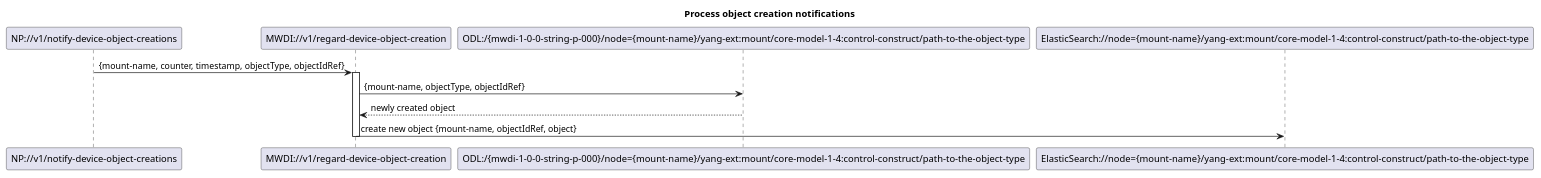
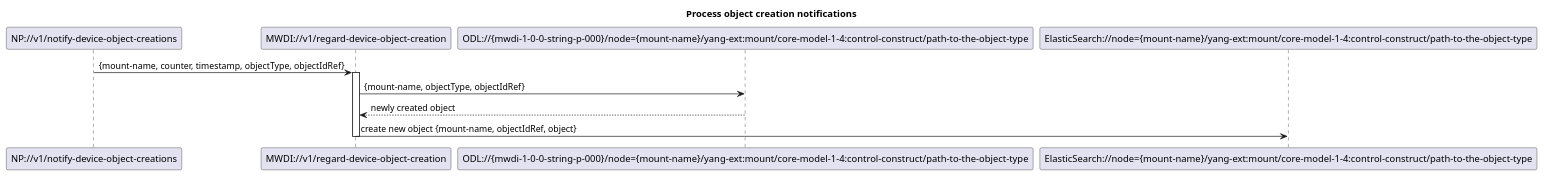
One commit to openBackhaul/MicroWaveDeviceInventory changed the diagram in spec/diagrams/05x_NotificationBasedObjectCreation.plantuml. Above: the diagram before and after it, drawn with PlantUML. The commit also changed 1 other file, not shown here.

```diff
--- a/spec/diagrams/05x_NotificationBasedObjectCreation.plantuml
+++ b/spec/diagrams/05x_NotificationBasedObjectCreation.plantuml
@@ -1,20 +1,20 @@
 @startuml 05x_NotificationBasedObjectCreation
 skinparam responseMessageBelowArrow true
 
 title Process object creation notifications
 
 participant "NP://v1/notify-device-object-creations" as subscription
 participant "MWDI://v1/regard-device-object-creation" as regardObjectCreation
-participant "ODL:/{mwdi-1-0-0-string-p-000}/node={mount-name}/yang-ext:mount/core-model-1-4:control-construct/path-to-the-object-type" as odlCreatedObject
+participant "ODL://{mwdi-1-0-0-string-p-000}/node={mount-name}/yang-ext:mount/core-model-1-4:control-construct/path-to-the-object-type" as odlCreatedObject
 participant "ElasticSearch://node={mount-name}/yang-ext:mount/core-model-1-4:control-construct/path-to-the-object-type" as es
 
 subscription -> regardObjectCreation: {mount-name, counter, timestamp, objectType, objectIdRef}
 activate regardObjectCreation
 
 regardObjectCreation -> odlCreatedObject: {mount-name, objectType, objectIdRef}
 odlCreatedObject --> regardObjectCreation: newly created object
 
 regardObjectCreation -> es: create new object {mount-name, objectIdRef, object}
 deactivate regardObjectCreation
 
 @enduml
```
